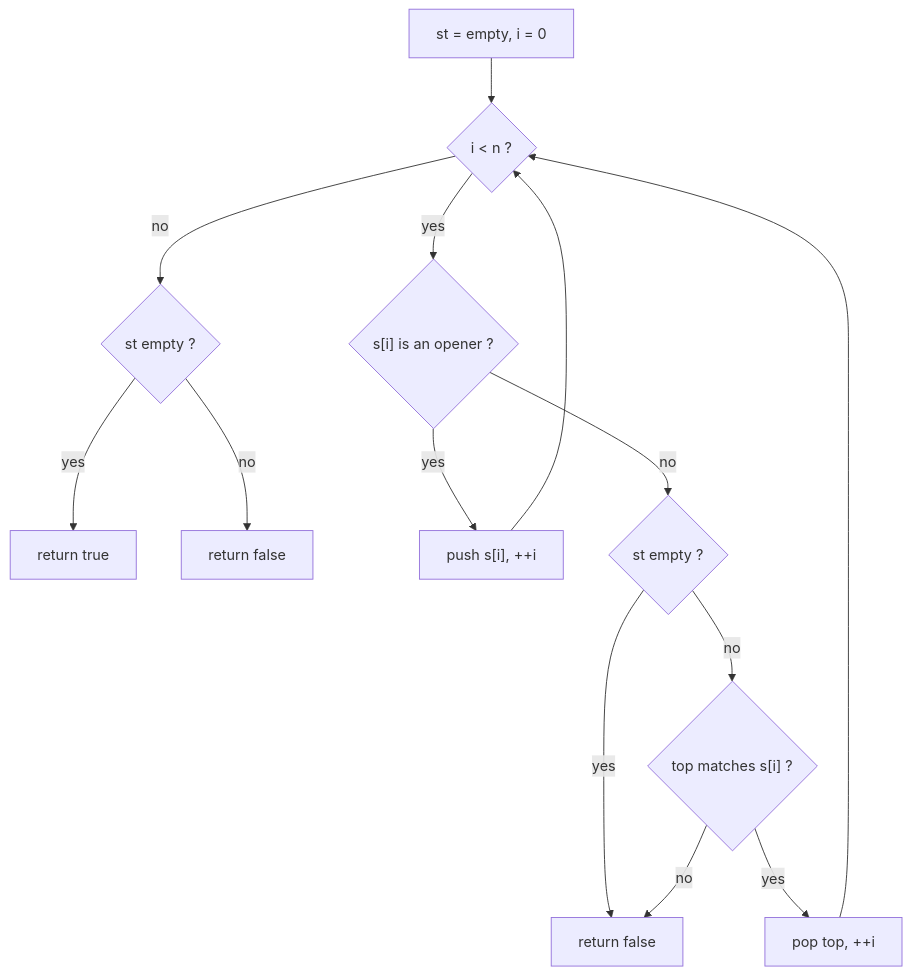
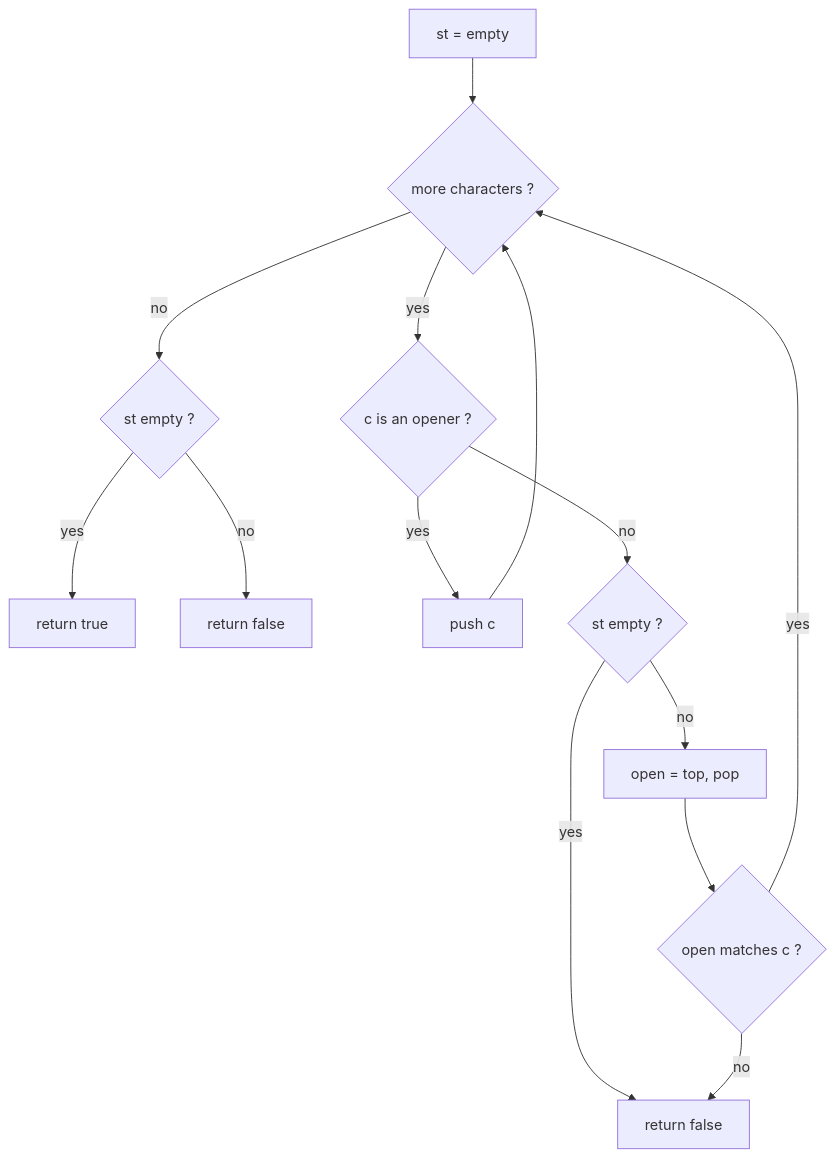
Before and after one commit to qutuz0x9/Problem-Solving: the first of 2 diagrams in patterns/stack.md, drawn with Mermaid. The commit also changed other lines of this file and 7 other files, not shown here.

````diff
--- a/patterns/stack.md
+++ b/patterns/stack.md
@@ -49,16 +86,16 @@
 ```mermaid
 flowchart TD
-    A["st = empty, i = 0"] --> B{"i < n ?"}
+    A["st = empty"] --> B{"more characters ?"}
     B -- no --> Z{"st empty ?"}
     Z -- yes --> Y["return true"]
     Z -- no --> X["return false"]
-    B -- yes --> C{"s[i] is an opener ?"}
-    C -- yes --> D["push s[i], ++i"]
+    B -- yes --> C{"c is an opener ?"}
+    C -- yes --> D["push c"]
     C -- no --> E{"st empty ?"}
     E -- yes --> F["return false"]
-    E -- no --> G{"top matches s[i] ?"}
-    G -- no --> F
-    G -- yes --> H["pop top, ++i"]
+    E -- no --> G["open = top, pop"]
+    G --> H{"open matches c ?"}
+    H -- no --> F
+    H -- yes --> B
     D --> B
-    H --> B
 ```
````
